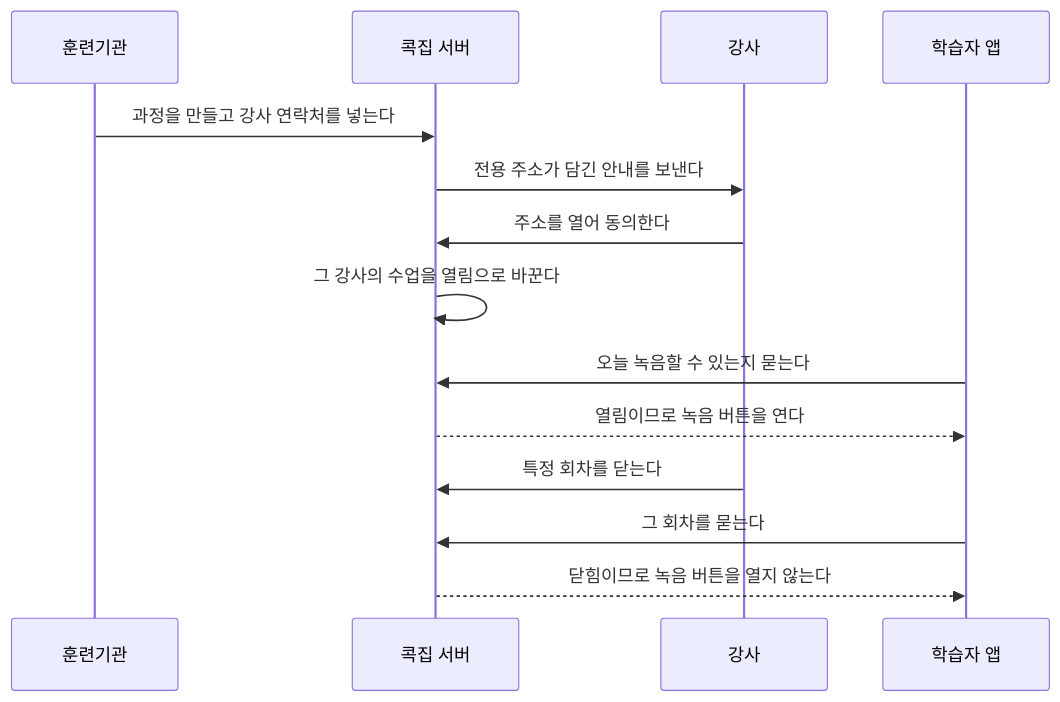
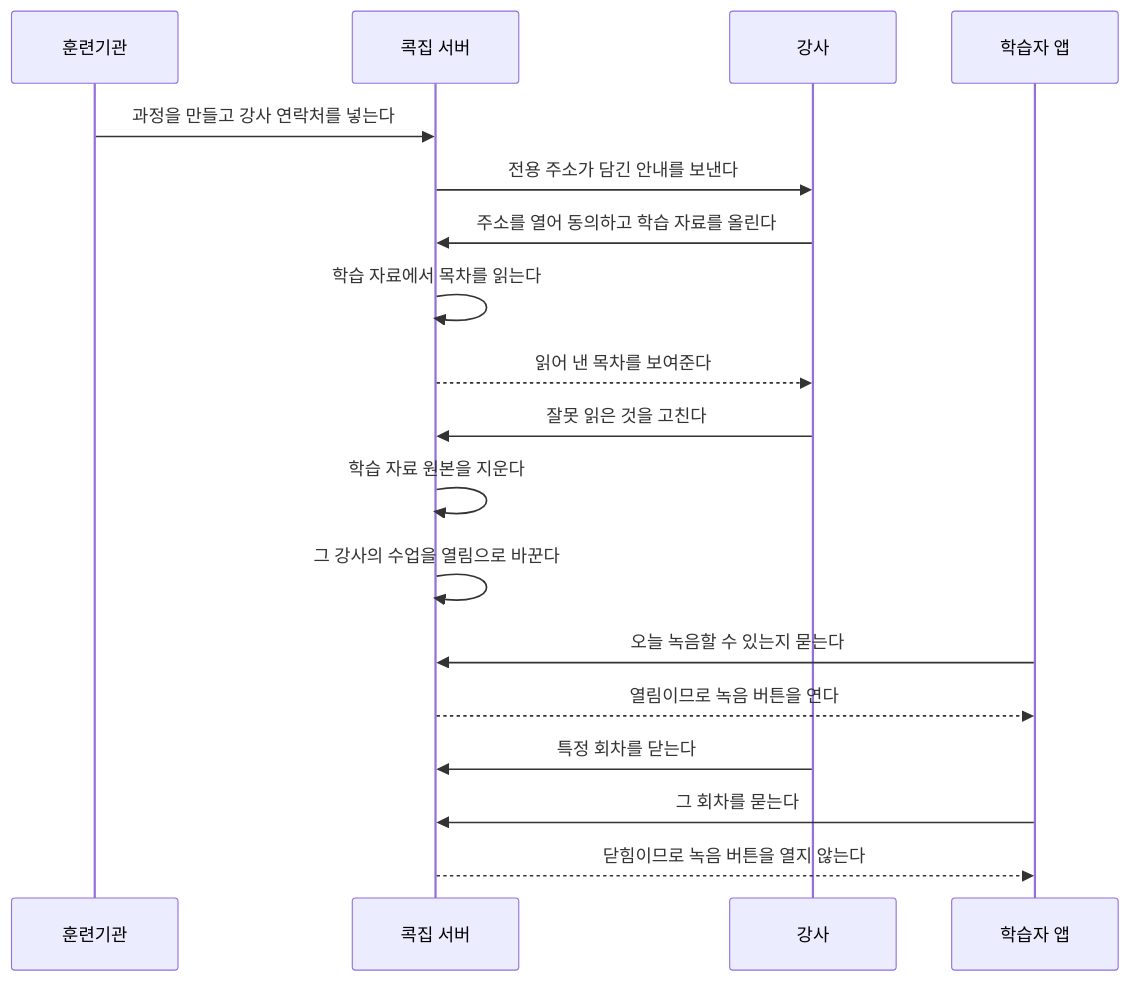
One commit to hayoungv/kokjip changed the third of 7 diagrams in docs/02-srs/srs.md. Above: the diagram before and after it, drawn with Mermaid. The commit also changed other lines of this file, not shown here.

````diff
--- a/docs/02-srs/srs.md
+++ b/docs/02-srs/srs.md
@@ -162,17 +167,21 @@
 ```mermaid
 sequenceDiagram
     participant 기관 as 훈련기관
     participant 서버 as 콕집 서버
     participant 강사 as 강사
     participant 앱 as 학습자 앱
 
     기관->>서버: 과정을 만들고 강사 연락처를 넣는다
     서버->>강사: 전용 주소가 담긴 안내를 보낸다
-    강사->>서버: 주소를 열어 동의한다
+    강사->>서버: 주소를 열어 동의하고 학습 자료를 올린다
+    서버->>서버: 학습 자료에서 목차를 읽는다
+    서버-->>강사: 읽어 낸 목차를 보여준다
+    강사->>서버: 잘못 읽은 것을 고친다
+    서버->>서버: 학습 자료 원본을 지운다
     서버->>서버: 그 강사의 수업을 열림으로 바꾼다
     앱->>서버: 오늘 녹음할 수 있는지 묻는다
     서버-->>앱: 열림이므로 녹음 버튼을 연다
     강사->>서버: 특정 회차를 닫는다
     앱->>서버: 그 회차를 묻는다
     서버-->>앱: 닫힘이므로 녹음 버튼을 열지 않는다
 ```
````
